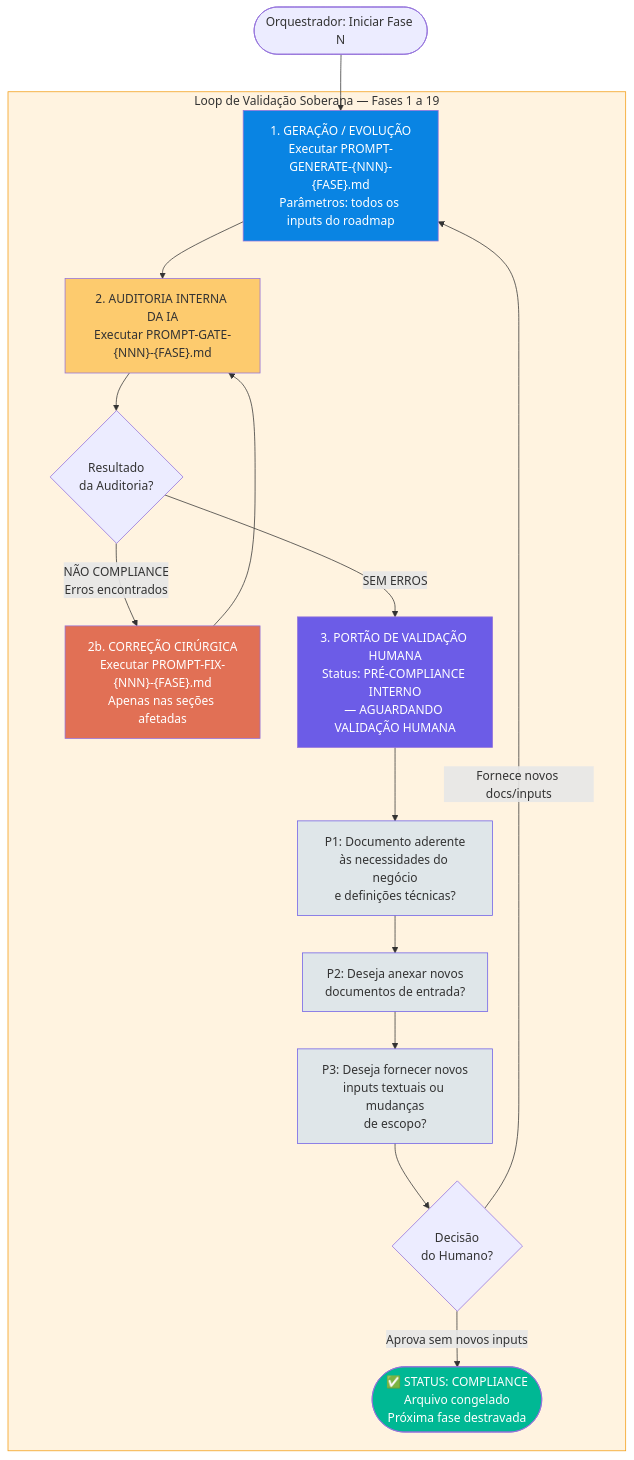
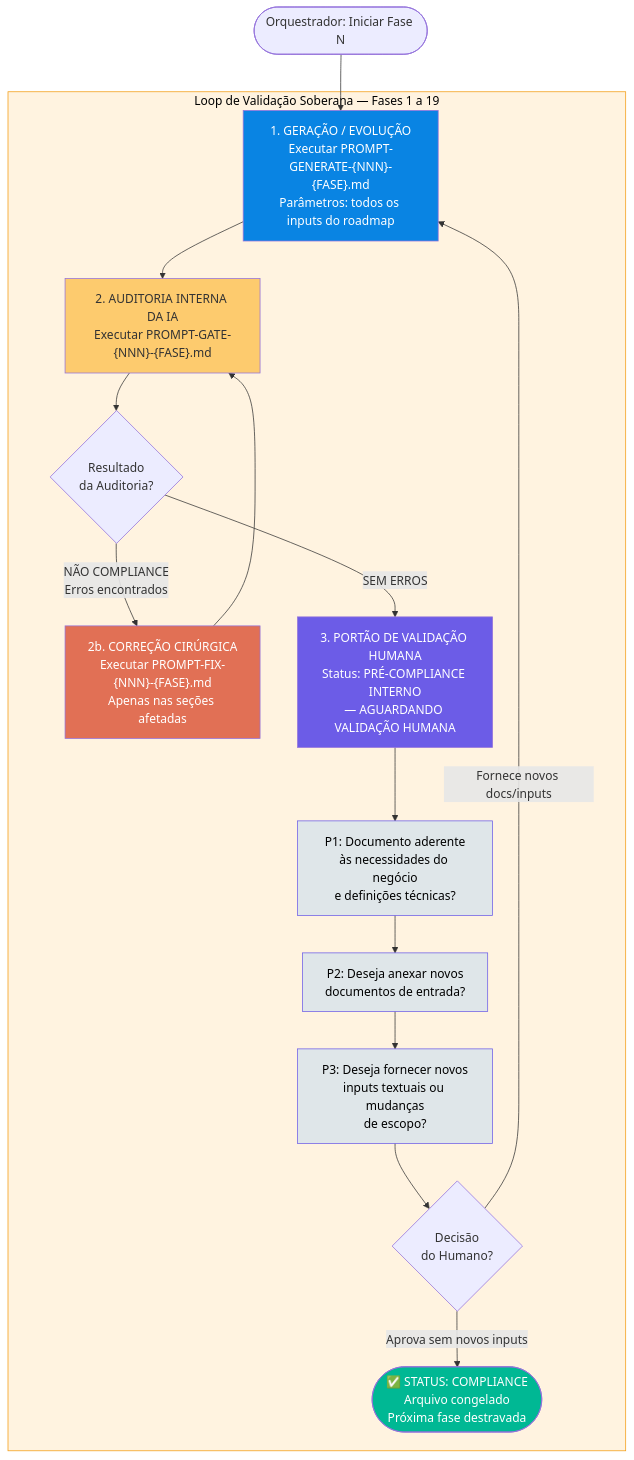
The third of 11 diagrams in .specs/prompts/project-technical-definitions/FLOWCHART-PROMPT-ROADMAP-GENERATE-PROJECT-TECHNICAL-DEFINITIONS.md (bolismar69/workspace-fbso), drawn with Mermaid before and after one commit. The commit also changed other lines of this file and 6 other files, not shown here.

First line of the commit message:
feat: fase 3 janelas — consistência global (EXECUTION v2.1, master v3.1/39 docs/118 prompts, 3 flowcharts)

````diff
--- a/.specs/prompts/project-technical-definitions/FLOWCHART-PROMPT-ROADMAP-GENERATE-PROJECT-TECHNICAL-DEFINITIONS.md
+++ b/.specs/prompts/project-technical-definitions/FLOWCHART-PROMPT-ROADMAP-GENERATE-PROJECT-TECHNICAL-DEFINITIONS.md
@@ -172,35 +180,35 @@
 ```mermaid
 flowchart TD
     ORCH([Orquestrador: Iniciar Fase N]) --> GEN
 
     subgraph LOOP[Loop de Validação Soberana — Fases 1 a 19]
         GEN["1. GERAÇÃO / EVOLUÇÃO<br/>Executar PROMPT-GENERATE-{NNN}-{FASE}.md<br/>Parâmetros: todos os inputs do roadmap"] --> GATE
 
         GATE["2. AUDITORIA INTERNA DA IA<br/>Executar PROMPT-GATE-{NNN}-{FASE}.md"] --> GATE_RESULT{Resultado<br/>da Auditoria?}
 
         GATE_RESULT -->|NÃO COMPLIANCE<br/>Erros encontrados| FIX["2b. CORREÇÃO CIRÚRGICA<br/>Executar PROMPT-FIX-{NNN}-{FASE}.md<br/>Apenas nas seções afetadas"]
         FIX --> GATE
 
         GATE_RESULT -->|SEM ERROS| HUMAN_GATE
 
         HUMAN_GATE[3. PORTÃO DE VALIDAÇÃO HUMANA<br/>Status: PRÉ-COMPLIANCE INTERNO<br/>— AGUARDANDO VALIDAÇÃO HUMANA] --> P1[P1: Documento aderente<br/>às necessidades do negócio<br/>e definições técnicas?]
         P1 --> P2[P2: Deseja anexar novos<br/>documentos de entrada?]
         P2 --> P3[P3: Deseja fornecer novos<br/>inputs textuais ou mudanças<br/>de escopo?]
         P3 --> HUMAN_DEC{Decisão<br/>do Humano?}
 
         HUMAN_DEC -->|Aprova sem novos inputs| COMPLIANCE
         HUMAN_DEC -->|Fornece novos docs/inputs| GEN
     end
 
     COMPLIANCE([✅ STATUS: COMPLIANCE<br/>Arquivo congelado<br/>Próxima fase destravada])
 
     style GEN fill:#0984e3,color:#fff
     style GATE fill:#fdcb6e,color:#333
     style FIX fill:#e17055,color:#fff
     style HUMAN_GATE fill:#6c5ce7,color:#fff
-    style P1 fill:#dfe6e9,stroke:#6c5ce7
-    style P2 fill:#dfe6e9,stroke:#6c5ce7
-    style P3 fill:#dfe6e9,stroke:#6c5ce7
+    style P1 fill:#dfe6e9,stroke:#6c5ce7,color:#000000
+    style P2 fill:#dfe6e9,stroke:#6c5ce7,color:#000000
+    style P3 fill:#dfe6e9,stroke:#6c5ce7,color:#000000
     style COMPLIANCE fill:#00b894,color:#fff
-    style LOOP fill:#fff3e0,stroke:#f39c12
+    style LOOP fill:#fff3e0,stroke:#f39c12,color:#000000
 ```
````
